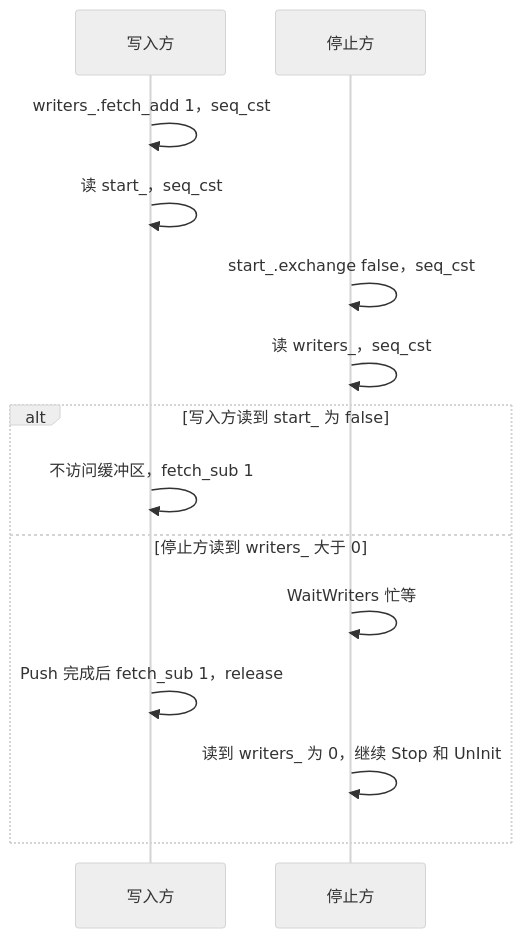
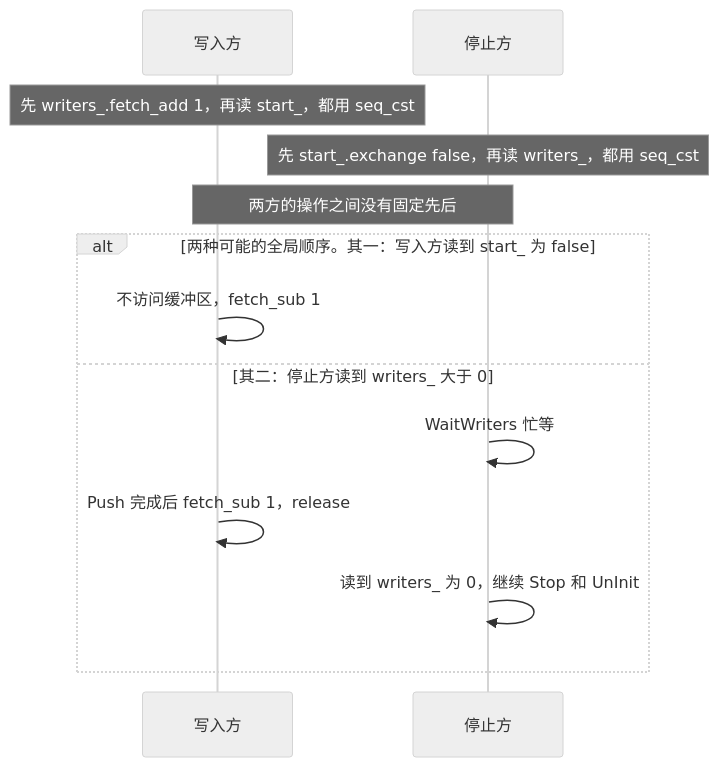
The third of 5 diagrams in docs/profiler_free_threaded/fix_details.md (yinwu01/torch_npu), drawn with Mermaid (neutral theme) before and after one commit. The commit also changed other lines of this file and 4 other files, not shown here.

````diff
--- a/docs/profiler_free_threaded/fix_details.md
+++ b/docs/profiler_free_threaded/fix_details.md
@@ -124,16 +131,15 @@
 ```mermaid
 sequenceDiagram
     participant W as 写入方
     participant S as 停止方
-    W->>W: writers_.fetch_add 1，seq_cst
-    W->>W: 读 start_，seq_cst
-    S->>S: start_.exchange false，seq_cst
-    S->>S: 读 writers_，seq_cst
-    alt 写入方读到 start_ 为 false
+    Note over W: 先 writers_.fetch_add 1，再读 start_，都用 seq_cst
+    Note over S: 先 start_.exchange false，再读 writers_，都用 seq_cst
+    Note over W,S: 两方的操作之间没有固定先后
+    alt 两种可能的全局顺序。其一：写入方读到 start_ 为 false
         W->>W: 不访问缓冲区，fetch_sub 1
-    else 停止方读到 writers_ 大于 0
+    else 其二：停止方读到 writers_ 大于 0
         S->>S: WaitWriters 忙等
         W->>W: Push 完成后 fetch_sub 1，release
         S->>S: 读到 writers_ 为 0，继续 Stop 和 UnInit
     end
 ```
````
